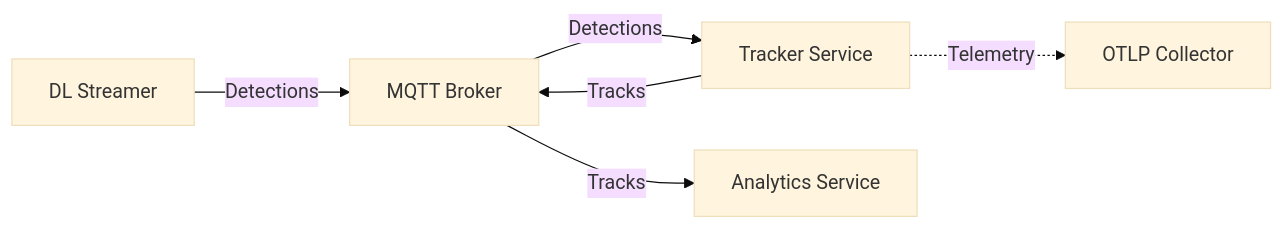
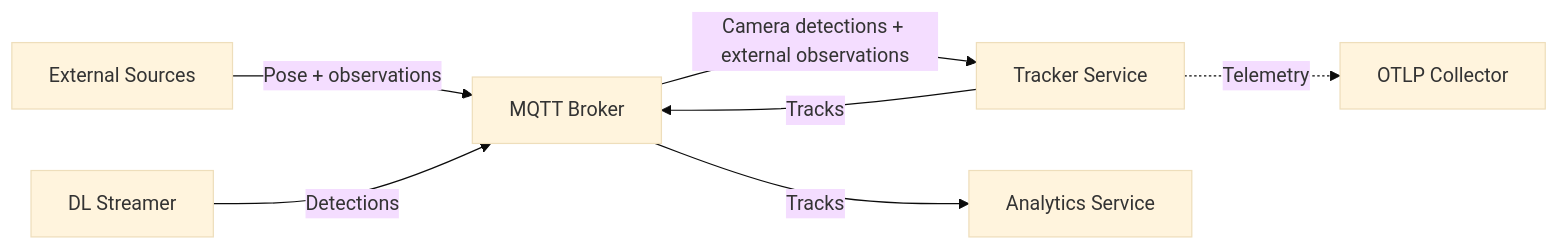
One commit to open-edge-platform/scenescape changed the first of 5 diagrams in docs/design/tracker-service.md. Above: the diagram before and after it, drawn with Mermaid (base theme). The commit also changed other lines of this file, not shown here.

````diff
--- a/docs/design/tracker-service.md
+++ b/docs/design/tracker-service.md
@@ -59,8 +59,9 @@
 ```mermaid
 graph LR
+    EXT[External Sources] -->|Pose + observations| MQTT[MQTT Broker]
     DLS[DL Streamer] -->|Detections| MQTT[MQTT Broker]
-    MQTT -->|Detections| TS[Tracker Service]
+    MQTT -->|Camera detections + external observations| TS[Tracker Service]
     TS -->|Tracks| MQTT
     MQTT -->|Tracks| AS[Analytics Service]
     TS -.->|Telemetry| OTEL[OTLP Collector]
 ```
````
